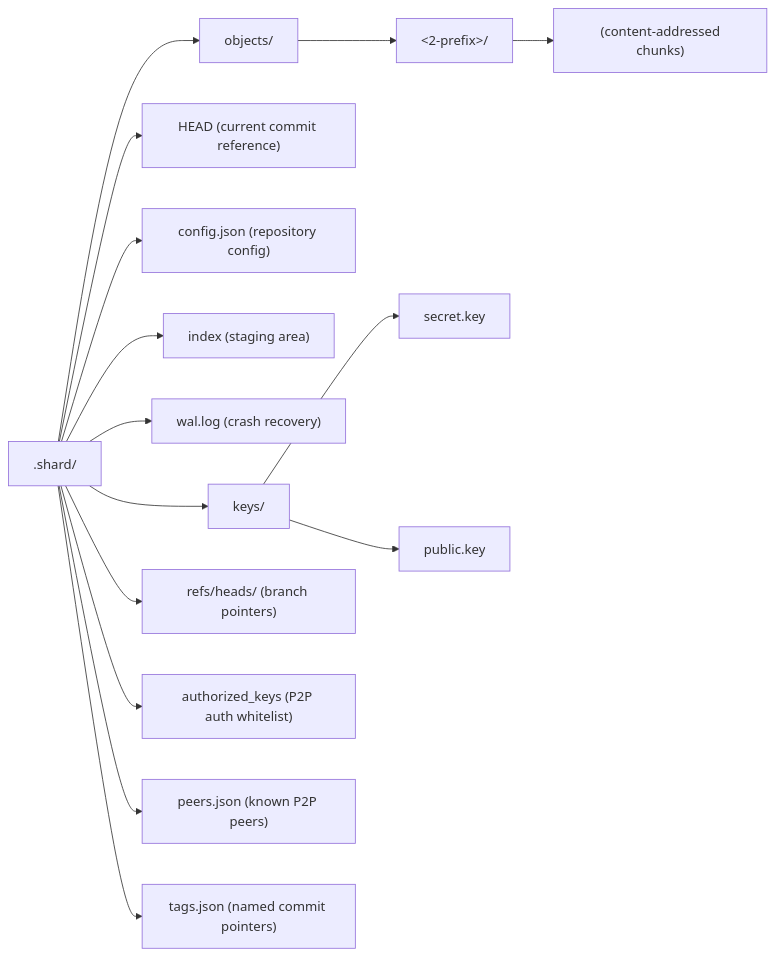
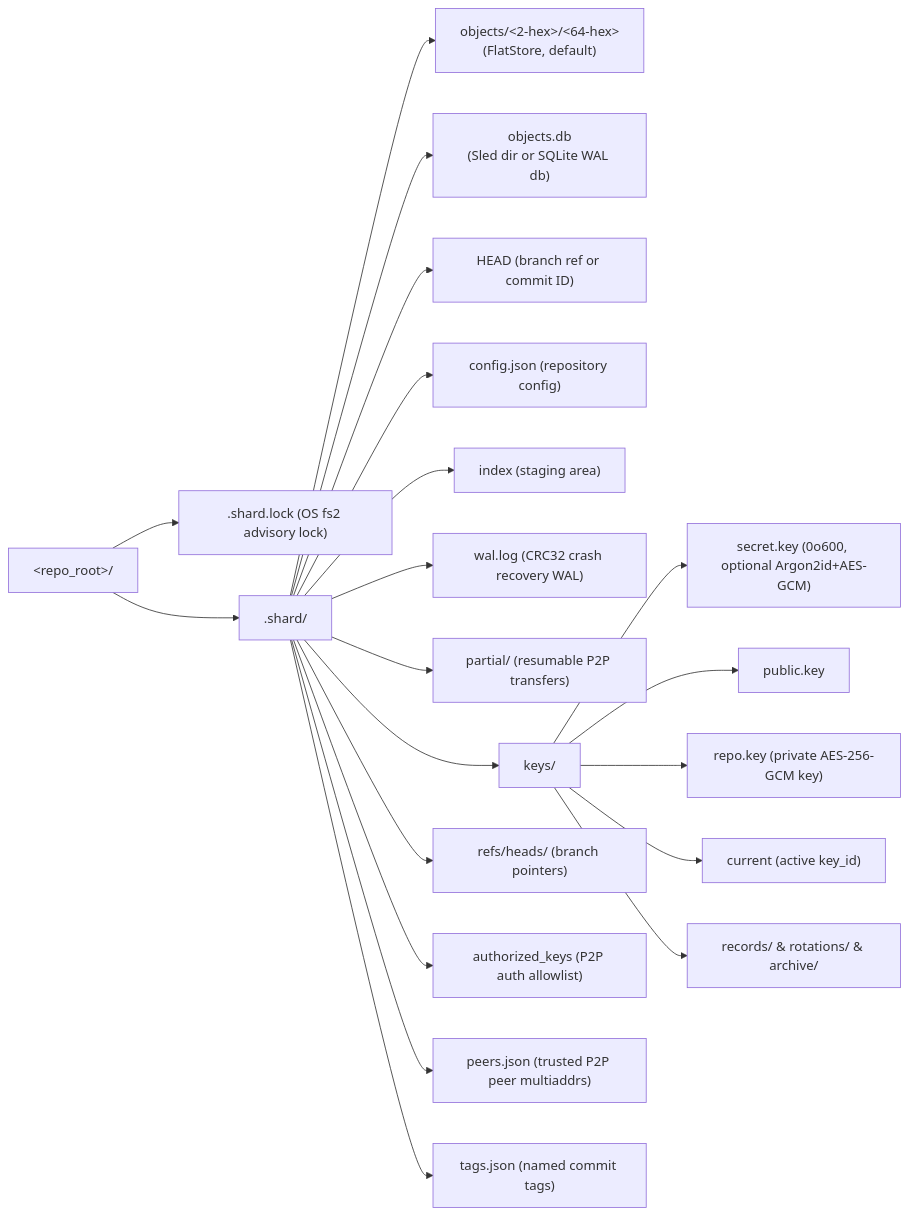
One commit to sandy-sachin7/shard changed the second of 2 diagrams in docs/src/architecture.md. Above: the diagram before and after it, drawn with Mermaid. The commit also changed other lines of this file and 42 other files, not shown here.

````diff
--- a/docs/src/architecture.md
+++ b/docs/src/architecture.md
@@ -58,20 +50,25 @@
 ```mermaid
 graph LR
-    Root[".shard/"] --> Objects["objects/"]
-    Objects --> Prefix["<2-prefix>/"]
-    Prefix --> Hash["<hash> (content-addressed chunks)"]
-    
-    Root --> HEAD["HEAD (current commit reference)"]
+    Repo["&lt;repo_root&gt;/"] --> Lock[".shard.lock (OS fs2 advisory lock)"]
+    Repo --> Root[".shard/"]
+
+    Root --> Objects["objects/&lt;2-hex&gt;/&lt;64-hex&gt;<br/>(FlatStore, default)"]
+    Root --> ObjectsDB["objects.db<br/>(Sled dir or SQLite WAL db)"]
+    Root --> HEAD["HEAD (branch ref or commit ID)"]
     Root --> Config["config.json (repository config)"]
     Root --> Index["index (staging area)"]
-    Root --> Wal["wal.log (crash recovery)"]
-    
+    Root --> Wal["wal.log (CRC32 crash recovery WAL)"]
+    Root --> Partial["partial/ (resumable P2P transfers)"]
+
     Root --> Keys["keys/"]
-    Keys --> Sec["secret.key"]
+    Keys --> Sec["secret.key (0o600, optional Argon2id+AES-GCM)"]
     Keys --> Pub["public.key"]
-    
+    Keys --> RepoKey["repo.key (private AES-256-GCM key)"]
+    Keys --> Current["current (active key_id)"]
+    Keys --> Records["records/ &amp; rotations/ &amp; archive/"]
+
     Root --> Refs["refs/heads/ (branch pointers)"]
-    Root --> Auth["authorized_keys (P2P auth whitelist)"]
-    Root --> Peers["peers.json (known P2P peers)"]
-    Root --> Tags["tags.json (named commit pointers)"]
+    Root --> Auth["authorized_keys (P2P auth allowlist)"]
+    Root --> Peers["peers.json (trusted P2P peer multiaddrs)"]
+    Root --> Tags["tags.json (named commit tags)"]
 ```
````
